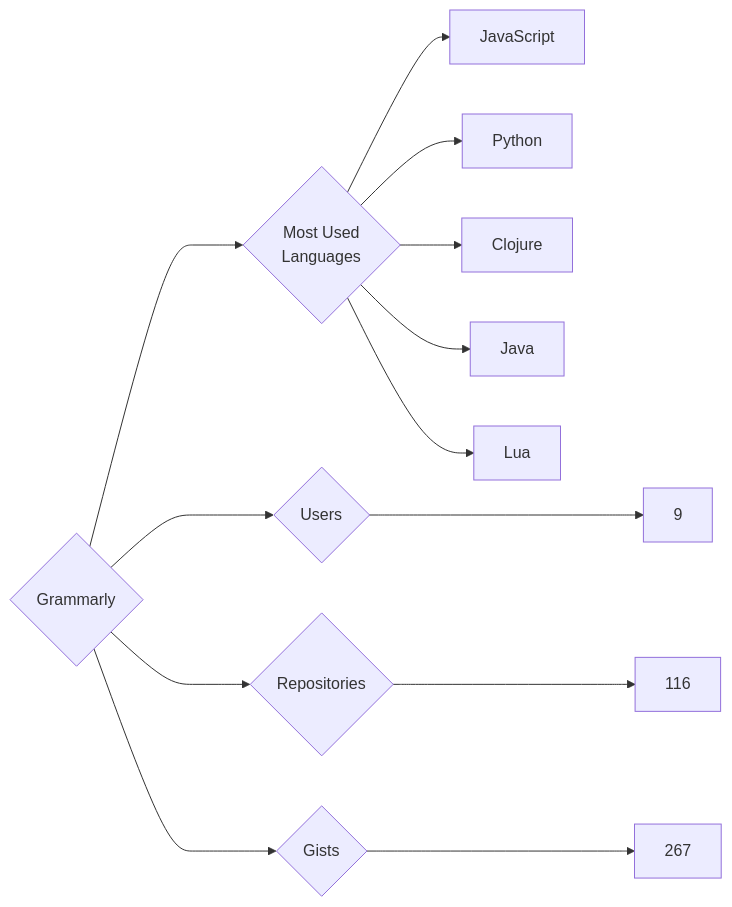
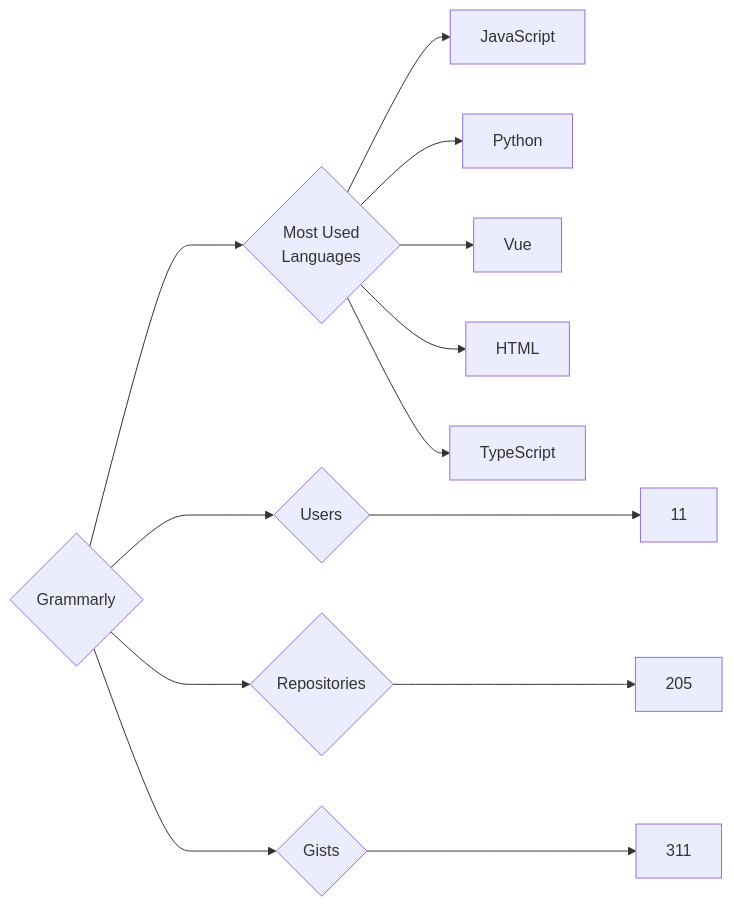
One commit to trickest/insiders changed the diagram in targets/Grammarly/README.md. Above: the diagram before and after it, drawn with Mermaid. The commit also changed 916 other files, not shown here.

````diff
--- a/targets/Grammarly/README.md
+++ b/targets/Grammarly/README.md
@@ -3,13 +3,13 @@
 ```mermaid
 graph LR
 COMPANY_NAME{Grammarly}
-COMPANY_NAME ---> U{Users} ---> UN[9]
-COMPANY_NAME ---> R{Repositories} ---> RN[116]
-COMPANY_NAME ---> G{Gists} ---> GN[267]
+COMPANY_NAME ---> U{Users} ---> UN[11]
+COMPANY_NAME ---> R{Repositories} ---> RN[205]
+COMPANY_NAME ---> G{Gists} ---> GN[311]
 COMPANY_NAME ---> ML{Most Used<br>Languages}
 ML --> JavaScript[JavaScript]
 ML --> Python[Python]
-ML --> Clojure[Clojure]
-ML --> Java[Java]
-ML --> Lua[Lua]
+ML --> Vue[Vue]
+ML --> HTML[HTML]
+ML --> TypeScript[TypeScript]
 ```
````
